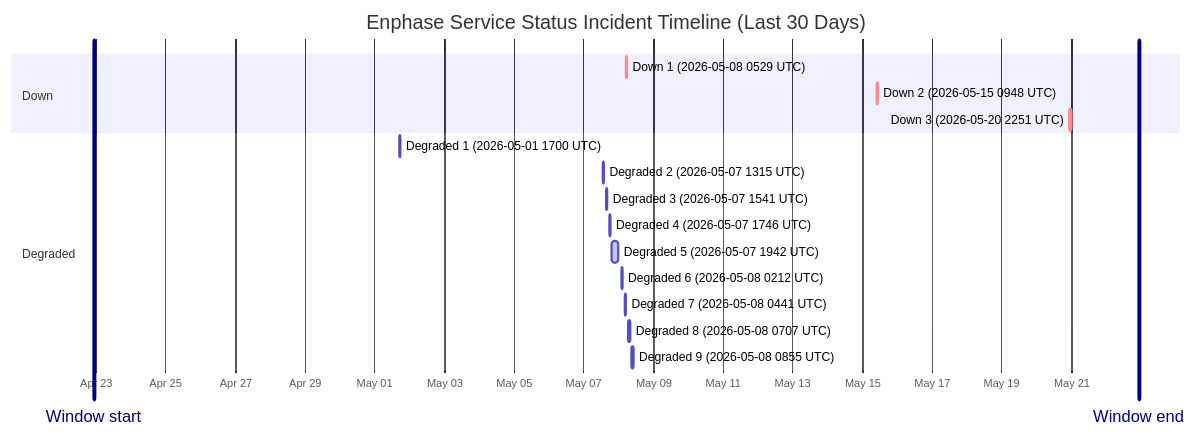
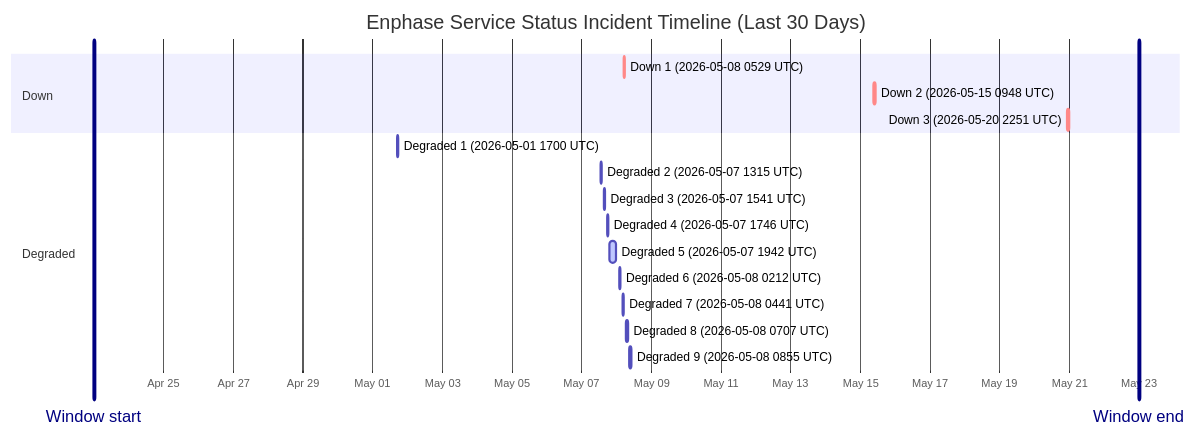
One commit to barneyonline/ha-enphase-ev-charger changed the diagram in wiki/Service-Status-History.md. Above: the diagram before and after it, drawn with Mermaid. The commit also changed other lines of this file and 3 other files, not shown here.

````diff
--- a/wiki/Service-Status-History.md
+++ b/wiki/Service-Status-History.md
@@ -14,22 +14,22 @@
 ```mermaid
 gantt
     title Enphase Service Status Incident Timeline (Last 30 Days)
     dateFormat  YYYY-MM-DDTHH:mm:ss
     axisFormat  %b %d
-    Window start :vert, window-start, 2026-04-22T22:33:13, 0ms
-    Window end :vert, window-end, 2026-05-22T22:33:13, 0ms
+    Window start :vert, window-start, 2026-04-23T00:05:57, 0ms
+    Window end :vert, window-end, 2026-05-23T00:05:57, 0ms
     section Down
     Down 1 (2026-05-08 0529 UTC) :crit, down-1, 2026-05-08T05:29:47, 60m
     Down 2 (2026-05-15 0948 UTC) :crit, down-2, 2026-05-15T09:48:18, 60m
     Down 3 (2026-05-20 2251 UTC) :crit, down-3, 2026-05-20T22:51:14, 75m
     section Degraded
     Degraded 1 (2026-05-01 1700 UTC) :active, degraded-1, 2026-05-01T17:00:22, 60m
     Degraded 2 (2026-05-07 1315 UTC) :active, degraded-2, 2026-05-07T13:15:25, 60m
     Degraded 3 (2026-05-07 1541 UTC) :active, degraded-3, 2026-05-07T15:41:58, 60m
     Degraded 4 (2026-05-07 1746 UTC) :active, degraded-4, 2026-05-07T17:46:51, 60m
     Degraded 5 (2026-05-07 1942 UTC) :active, degraded-5, 2026-05-07T19:42:10, 249m
     Degraded 6 (2026-05-08 0212 UTC) :active, degraded-6, 2026-05-08T02:12:39, 60m
     Degraded 7 (2026-05-08 0441 UTC) :active, degraded-7, 2026-05-08T04:41:46, 60m
     Degraded 8 (2026-05-08 0707 UTC) :active, degraded-8, 2026-05-08T07:07:30, 60m
     Degraded 9 (2026-05-08 0855 UTC) :active, degraded-9, 2026-05-08T08:55:20, 88m
 ```
````
